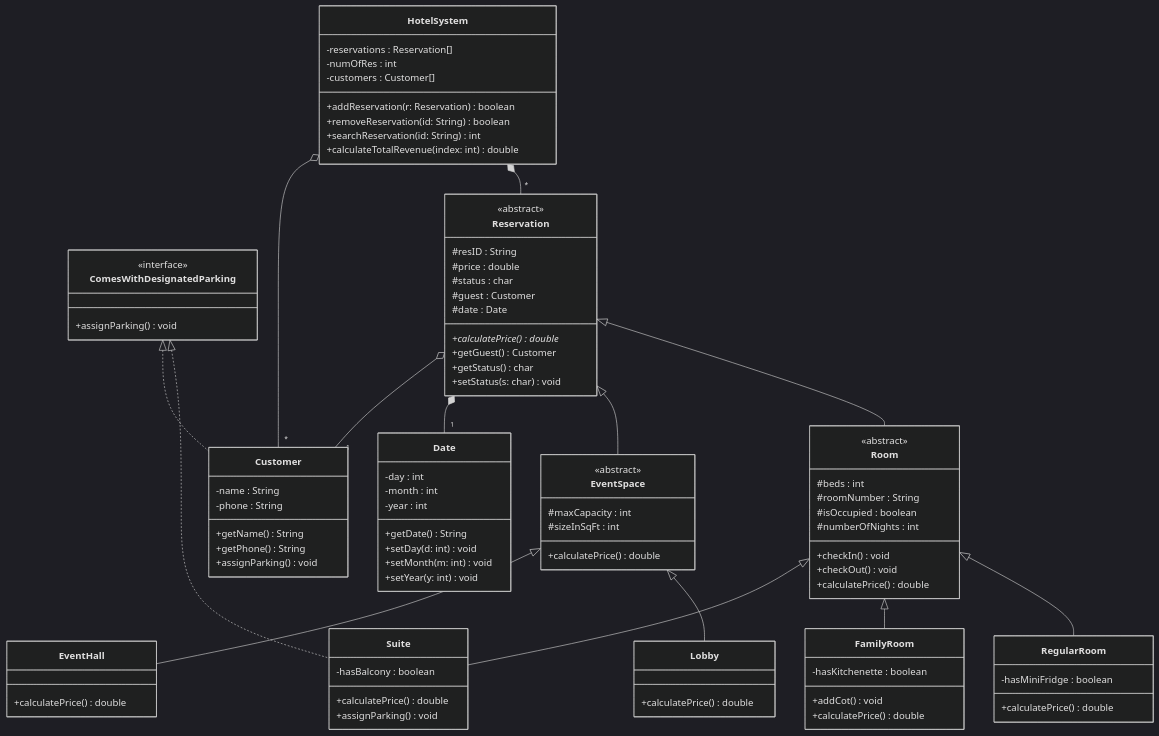
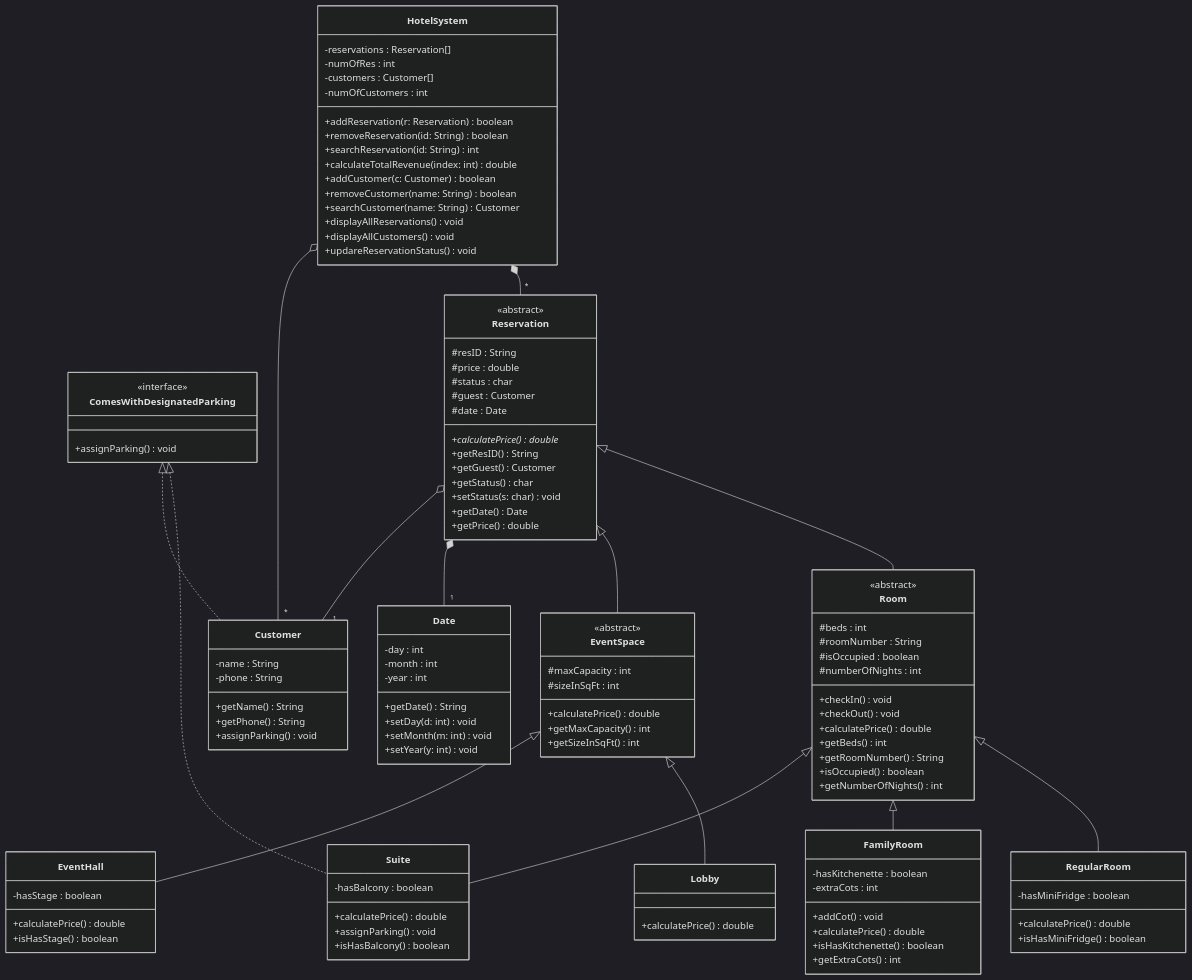
One commit to i1SaSa/113CSC-HotelProject changed the diagram in README.md. Above: the diagram before and after it, drawn with Mermaid (dark theme). The commit also changed 12 other files, not shown here.

````diff
--- a/README.md
+++ b/README.md
@@ -15,10 +15,18 @@
         -reservations : Reservation[]
         -numOfRes : int
         -customers : Customer[]
+        -numOfCustomers : int
         +addReservation(r: Reservation) boolean
         +removeReservation(id: String) boolean
         +searchReservation(id: String) int
         +calculateTotalRevenue(index: int) double
+        +addCustomer(c: Customer) boolean
+        +removeCustomer(name: String) boolean
+        +searchCustomer(name: String) Customer
+        +displayAllReservations() void
+        +displayAllCustomers() void
+        +updareReservationStatus() void
+
     }
 
     class Date {
@@ -47,9 +55,12 @@
         #guest : Customer
         #date : Date
         +calculatePrice()* double
+        +getResID() String
         +getGuest() Customer
         +getStatus() char
         +setStatus(s: char) void
+        +getDate() Date
+        +getPrice() double
     }
 
     class Room {
@@ -61,6 +72,10 @@
         +checkIn() void
         +checkOut() void
         +calculatePrice() double
+        +getBeds() int
+        +getRoomNumber() String
+        +isOccupied() boolean
+        +getNumberOfNights() int
     }
 
     class EventSpace {
@@ -68,23 +83,30 @@
         #maxCapacity : int
         #sizeInSqFt : int
         +calculatePrice() double
+        +getMaxCapacity() int
+        +getSizeInSqFt() int
     }
 
     class RegularRoom {
         -hasMiniFridge : boolean
         +calculatePrice() double
+        +isHasMiniFridge() boolean
     }
 
     class FamilyRoom {
         -hasKitchenette : boolean
+        -extraCots : int
         +addCot() void
         +calculatePrice() double
+        +isHasKitchenette() boolean
+        +getExtraCots() int
     }
 
     class Suite {
         -hasBalcony : boolean
         +calculatePrice() double
         +assignParking() void
+        +isHasBalcony() boolean
     }
 
     class Lobby {
@@ -92,7 +114,9 @@
     }
 
     class EventHall {
+        -hasStage : boolean
         +calculatePrice() double
+        +isHasStage() boolean
     }
 
     Reservation <|-- Room 
@@ -111,4 +135,5 @@
     
     HotelSystem o-- "*" Customer 
     Reservation o-- "1" Customer
+
 ```
````
